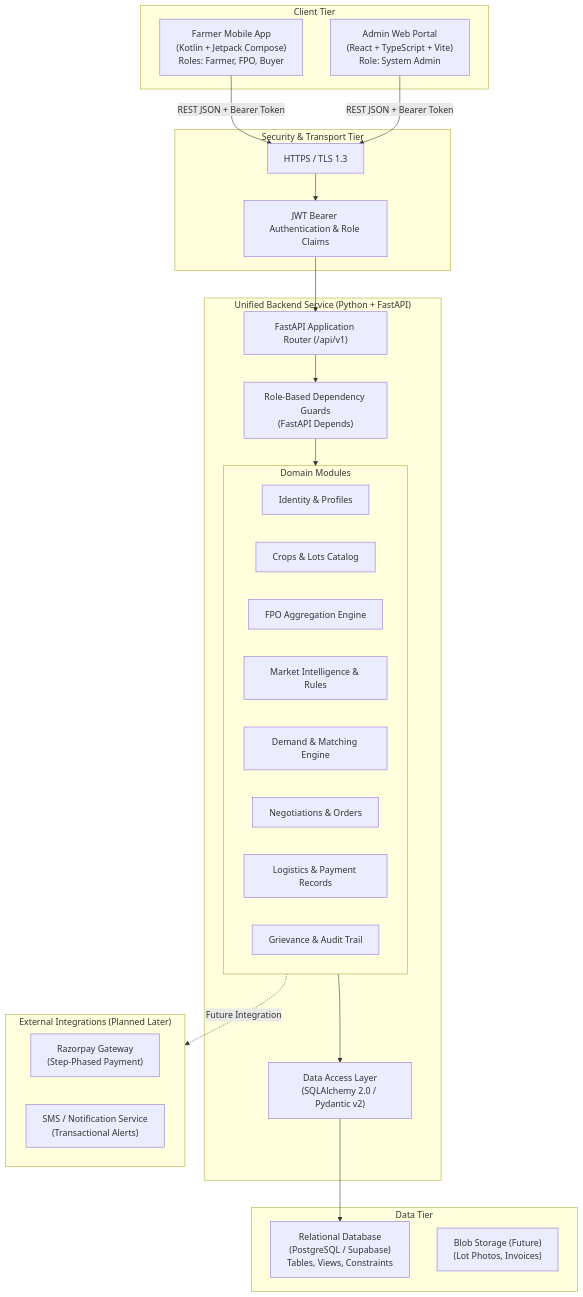
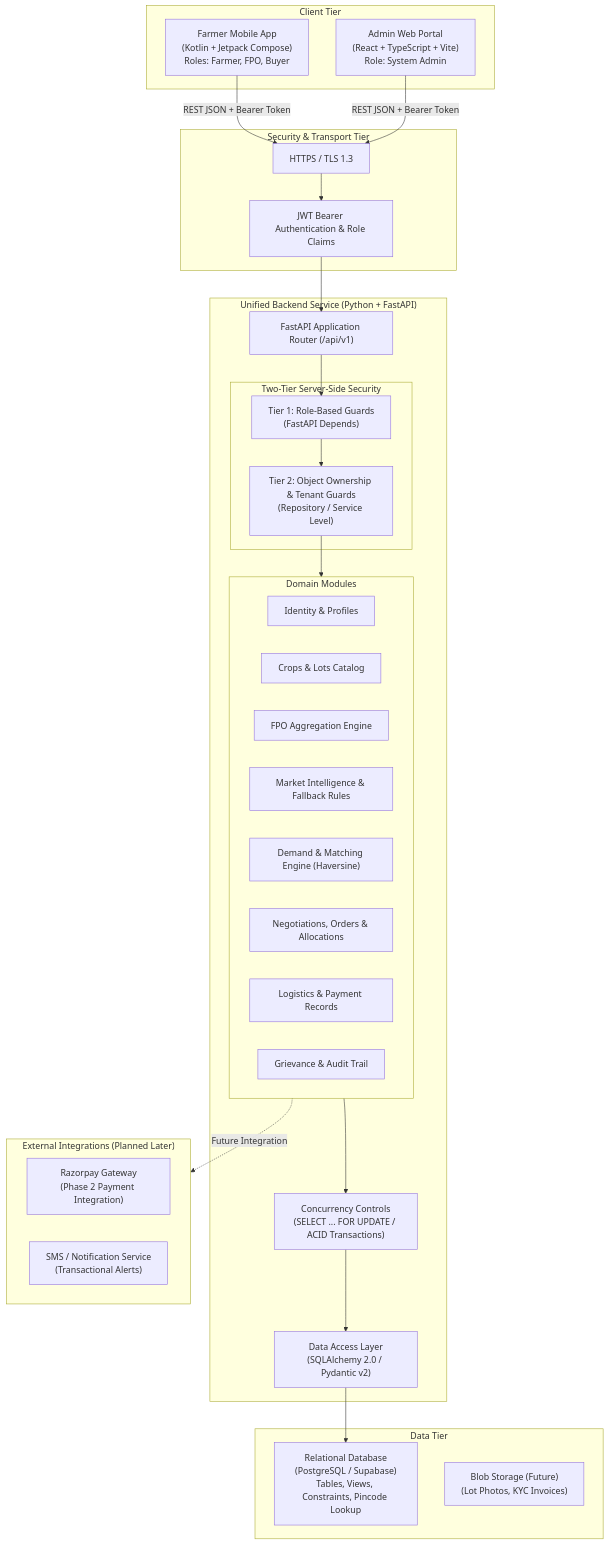
Before and after one commit to jaikishan3050/Kisan-BhavSathi: the first of 5 diagrams in docs/architecture.md, drawn with Mermaid. The commit also changed other lines of this file and 17 other files, not shown here.

````diff
--- a/docs/architecture.md
+++ b/docs/architecture.md
@@ -39,50 +39,57 @@
 ```mermaid
 graph TB
     subgraph Clients["Client Tier"]
         Mobile["Farmer Mobile App<br/>(Kotlin + Jetpack Compose)<br/>Roles: Farmer, FPO, Buyer"]
         AdminWeb["Admin Web Portal<br/>(React + TypeScript + Vite)<br/>Role: System Admin"]
     end
 
     subgraph Gateway["Security & Transport Tier"]
         HTTPS["HTTPS / TLS 1.3"]
         AuthLayer["JWT Bearer Authentication & Role Claims"]
     end
 
     subgraph Backend["Unified Backend Service (Python + FastAPI)"]
         Router["FastAPI Application Router (/api/v1)"]
         
+        subgraph AuthGuards["Two-Tier Server-Side Security"]
+            RBAC["Tier 1: Role-Based Guards<br/>(FastAPI Depends)"]
+            Ownership["Tier 2: Object Ownership & Tenant Guards<br/>(Repository / Service Level)"]
+        end
+
         subgraph Modules["Domain Modules"]
             AuthMod["Identity & Profiles"]
             CropMod["Crops & Lots Catalog"]
             AggMod["FPO Aggregation Engine"]
-            IntelMod["Market Intelligence & Rules"]
-            MatchMod["Demand & Matching Engine"]
-            OrderMod["Negotiations & Orders"]
+            IntelMod["Market Intelligence & Fallback Rules"]
+            MatchMod["Demand & Matching Engine (Haversine)"]
+            OrderMod["Negotiations, Orders & Allocations"]
             FulfillMod["Logistics & Payment Records"]
             GrievMod["Grievance & Audit Trail"]
         end
         
-        SecurityDep["Role-Based Dependency Guards<br/>(FastAPI Depends)"]
         ORM["Data Access Layer<br/>(SQLAlchemy 2.0 / Pydantic v2)"]
+        Locking["Concurrency Controls<br/>(SELECT ... FOR UPDATE / ACID Transactions)"]
     end
 
     subgraph DataTier["Data Tier"]
-        Postgres["Relational Database<br/>(PostgreSQL / Supabase)<br/>Tables, Views, Constraints"]
-        Storage["Blob Storage (Future)<br/>(Lot Photos, Invoices)"]
+        Postgres["Relational Database<br/>(PostgreSQL / Supabase)<br/>Tables, Views, Constraints, Pincode Lookup"]
+        Storage["Blob Storage (Future)<br/>(Lot Photos, KYC Invoices)"]
     end
 
     subgraph External["External Integrations (Planned Later)"]
-        Razorpay["Razorpay Gateway<br/>(Step-Phased Payment)"]
+        Razorpay["Razorpay Gateway<br/>(Phase 2 Payment Integration)"]
         SMSNotify["SMS / Notification Service<br/>(Transactional Alerts)"]
     end
 
     Mobile -->|REST JSON + Bearer Token| HTTPS
     AdminWeb -->|REST JSON + Bearer Token| HTTPS
     HTTPS --> AuthLayer
     AuthLayer --> Router
-    Router --> SecurityDep
-    SecurityDep --> Modules
-    Modules --> ORM
+    Router --> RBAC
+    RBAC --> Ownership
+    Ownership --> Modules
+    Modules --> Locking
+    Locking --> ORM
     ORM --> Postgres
     Modules -.->|Future Integration| External
 ```
````
